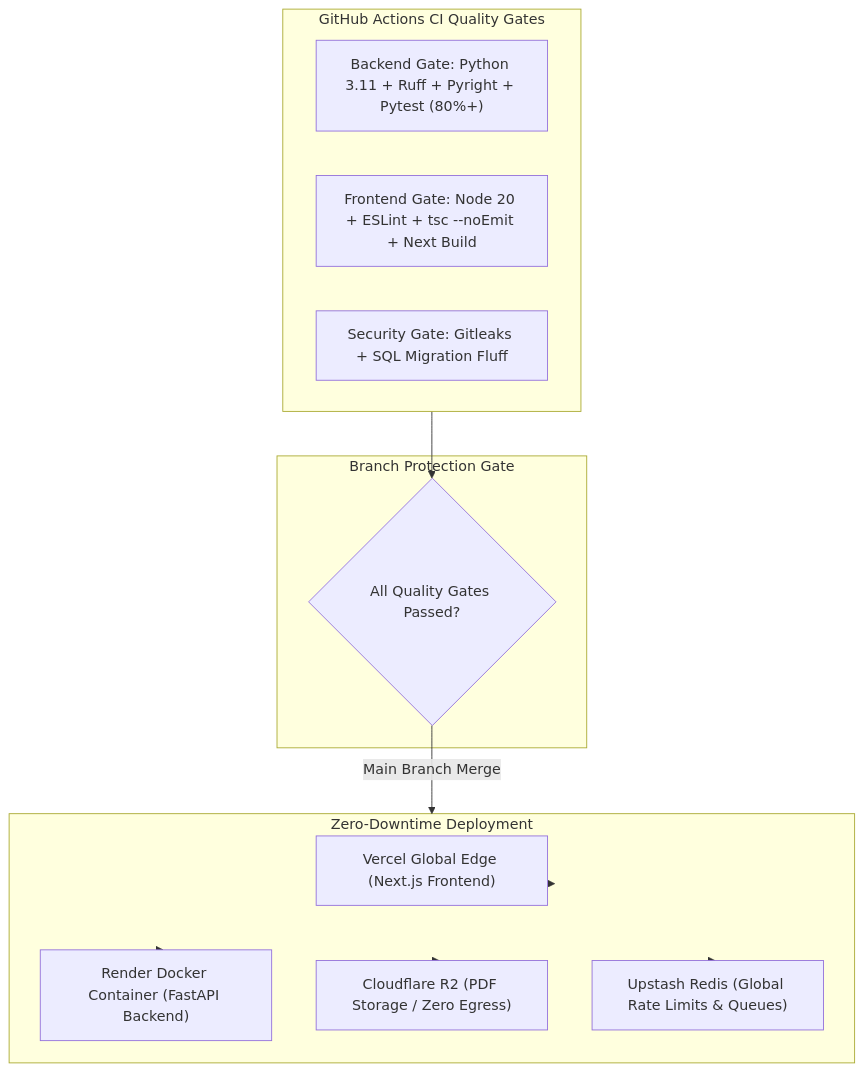
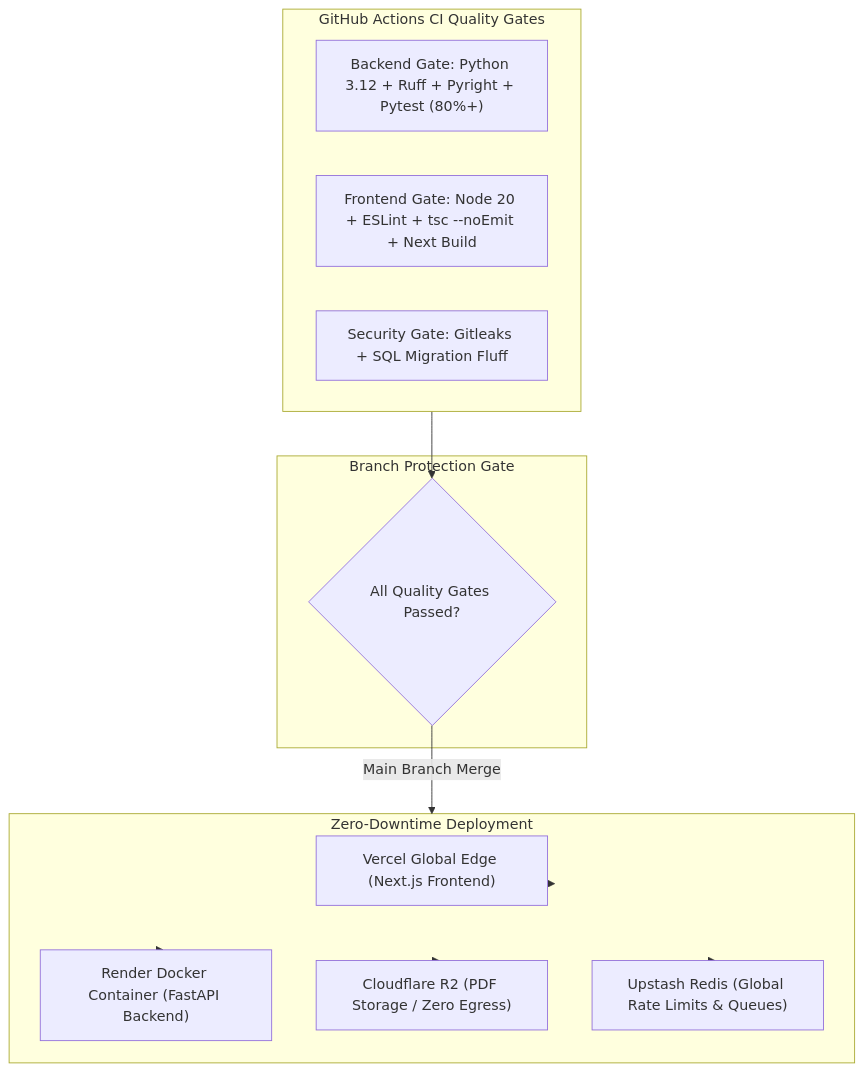
Diagram 31 of 33 in docs/implementation_plan.md (PansGPT/pansgpt), drawn with Mermaid before and after one commit. The commit also changed other lines of this file and 15 other files, not shown here.

````diff
--- a/docs/implementation_plan.md
+++ b/docs/implementation_plan.md
@@ -6566,23 +6568,23 @@
 ```mermaid
 flowchart TD
     subgraph CI_Quality_Gates ["GitHub Actions CI Quality Gates"]
-        be_gate["Backend Gate: Python 3.11 + Ruff + Pyright + Pytest (80%+)"]
+        be_gate["Backend Gate: Python 3.12 + Ruff + Pyright + Pytest (80%+)"]
         fe_gate["Frontend Gate: Node 20 + ESLint + tsc --noEmit + Next Build"]
         sec_gate["Security Gate: Gitleaks + SQL Migration Fluff"]
     end
 
     subgraph Branch_Gate ["Branch Protection Gate"]
         all_pass{"All Quality Gates Passed?"}
     end
 
     subgraph Automated_Deploy ["Zero-Downtime Deployment"]
         vercel["Vercel Global Edge (Next.js Frontend)"]
         render["Render Docker Container (FastAPI Backend)"]
         r2["Cloudflare R2 (PDF Storage / Zero Egress)"]
         upstash["Upstash Redis (Global Rate Limits & Queues)"]
     end
 
     CI_Quality_Gates --> all_pass
     all_pass -->|Main Branch Merge| Automated_Deploy
     Automated_Deploy --> vercel & render & r2 & upstash
 ```
````
